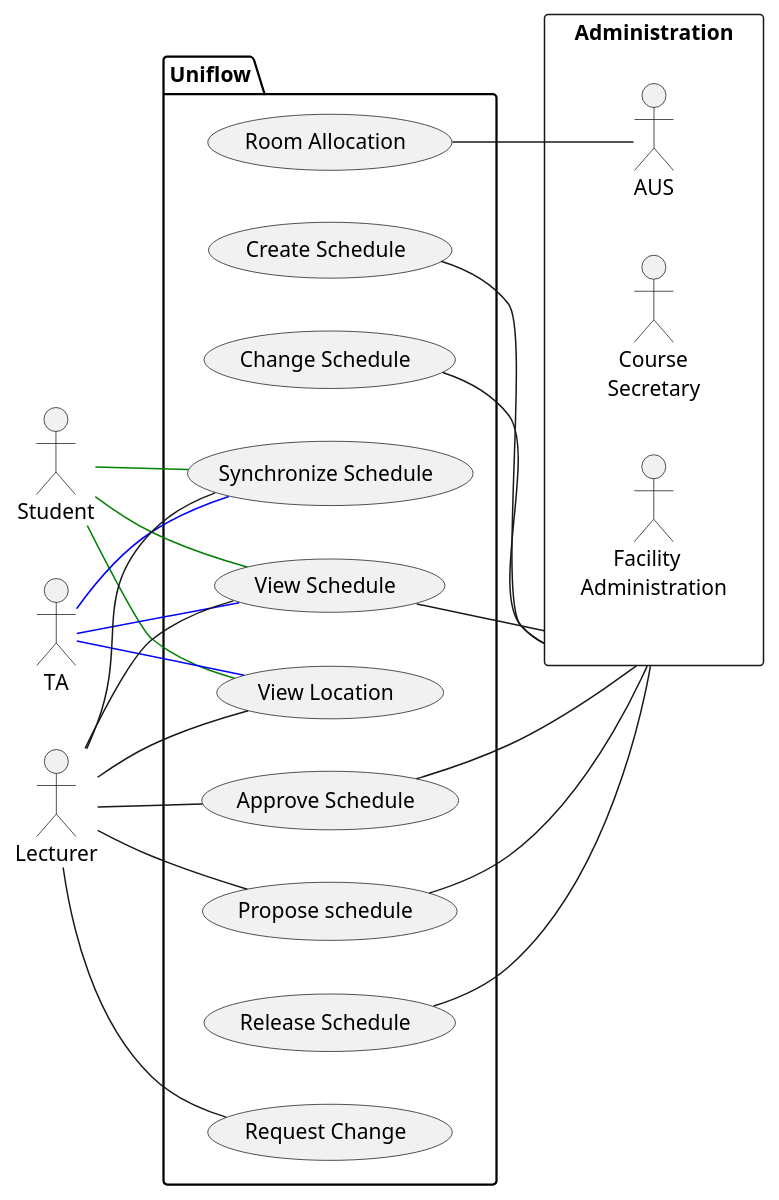
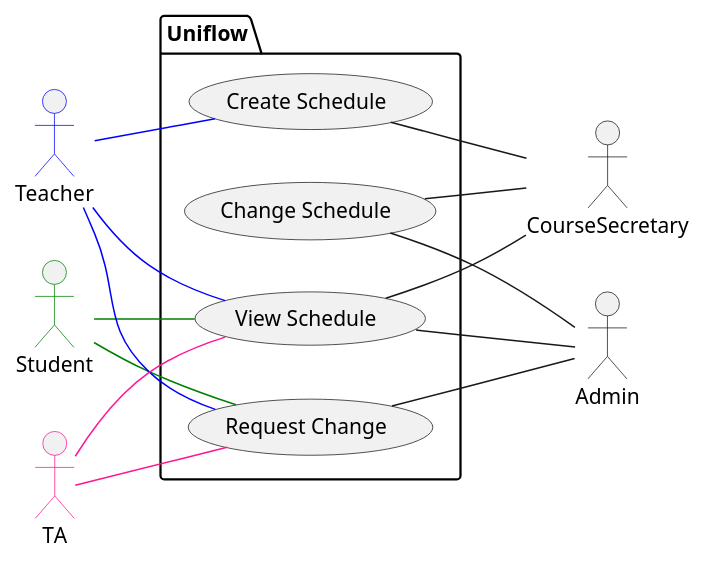
The diagram in Diagrams/UseCaseDiagram.puml (frejabauch/Systemudvikling_FSIS), drawn with PlantUML before and after one commit.

Commit message:
UseCaseDiagram

```diff
--- a/Diagrams/UseCaseDiagram.puml
+++ b/Diagrams/UseCaseDiagram.puml
@@ -1,47 +1,31 @@
 @startuml
 left to right direction
-Student as std
-TA as ta
-Lecturer as lct
+Student as std #line:green
+Teacher as tc #line:blue
+TA as ta #line:deeppink
+CourseSecretary as cs
+Admin as adm
 
-rectangle Administration as adm{
-AUS as aus
-"  Course\nSecretary" as cs
-"      Facility\nAdministration" as fa
+package Uniflow{
+usecase "Create Schedule" as 1
+usecase "Request Change" as 2
+usecase "Change Schedule" as 3
+usecase "View Schedule" as 4
 }
 
-package Uniflow{
-usecase "Room Allocation" as 1
-usecase "Change Schedule" as 2
-usecase "View Location" as 3
-usecase "Synchronize Schedule" as 4
-usecase "Release Schedule" as 5
-usecase "Propose schedule" as 6
-usecase "Request Change" as 7
-usecase "Create Schedule" as 8
-usecase "Approve Schedule" as 9
-usecase "View Schedule" as 10
-}
-
-std--3 #line:green
+std--2 #line:green
 std--4 #line:green
-std--10 #line:green
-ta--3 #line:blue
-ta--4 #line:blue
-ta--10 #line:blue
-lct--9
-lct--7
-lct--6
-lct--4
-lct--10
-lct--3
-1--aus
+tc--1 #line:blue
+tc--2 #line:blue
+tc--4 #line:blue
+ta--2 #line:deeppink
+ta--4 #line:deeppink
+1--cs
+3--cs
+4--cs
 2--adm
-5--adm
-6--adm
-8--adm
-9--adm
-10--adm
+3--adm
+4--adm
 
 
 @enduml
```
